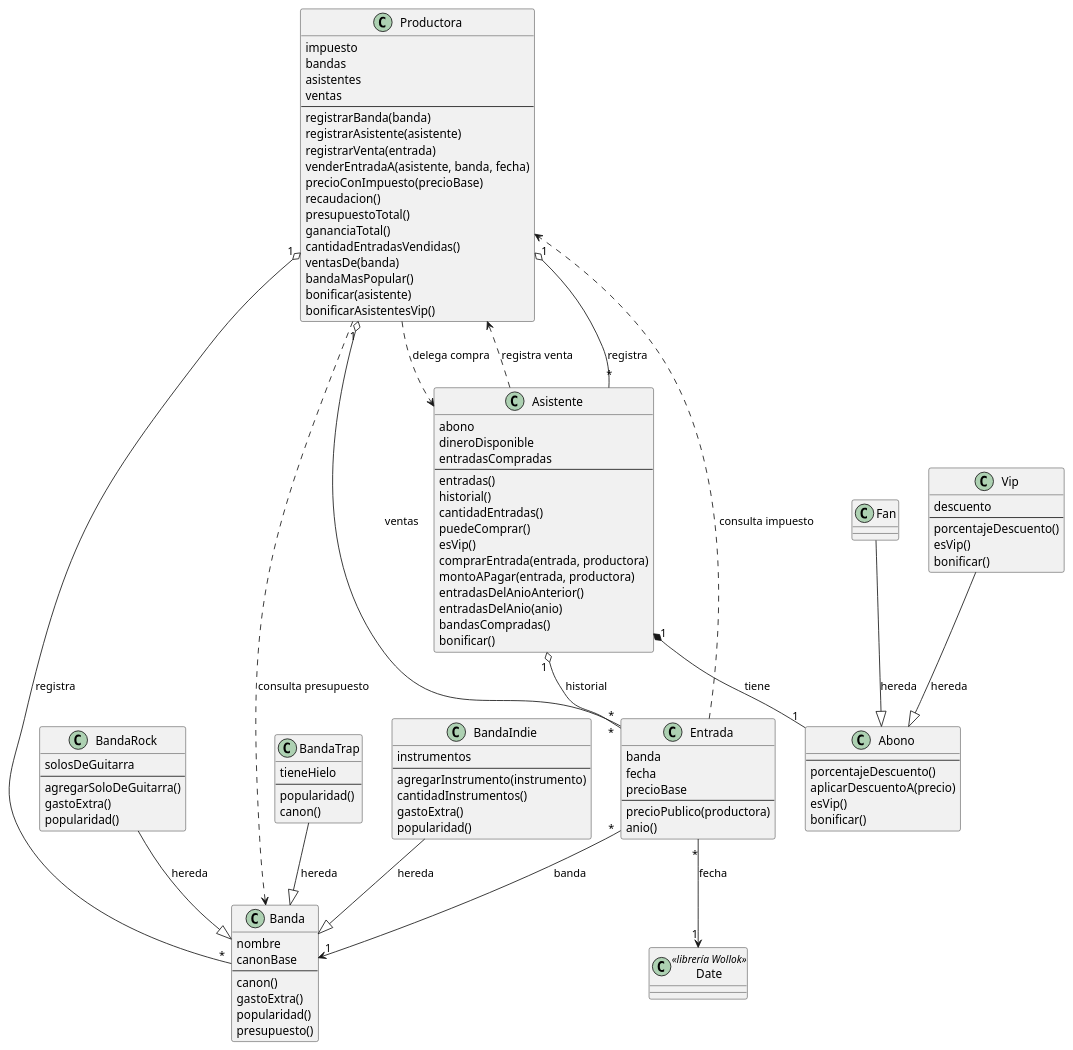
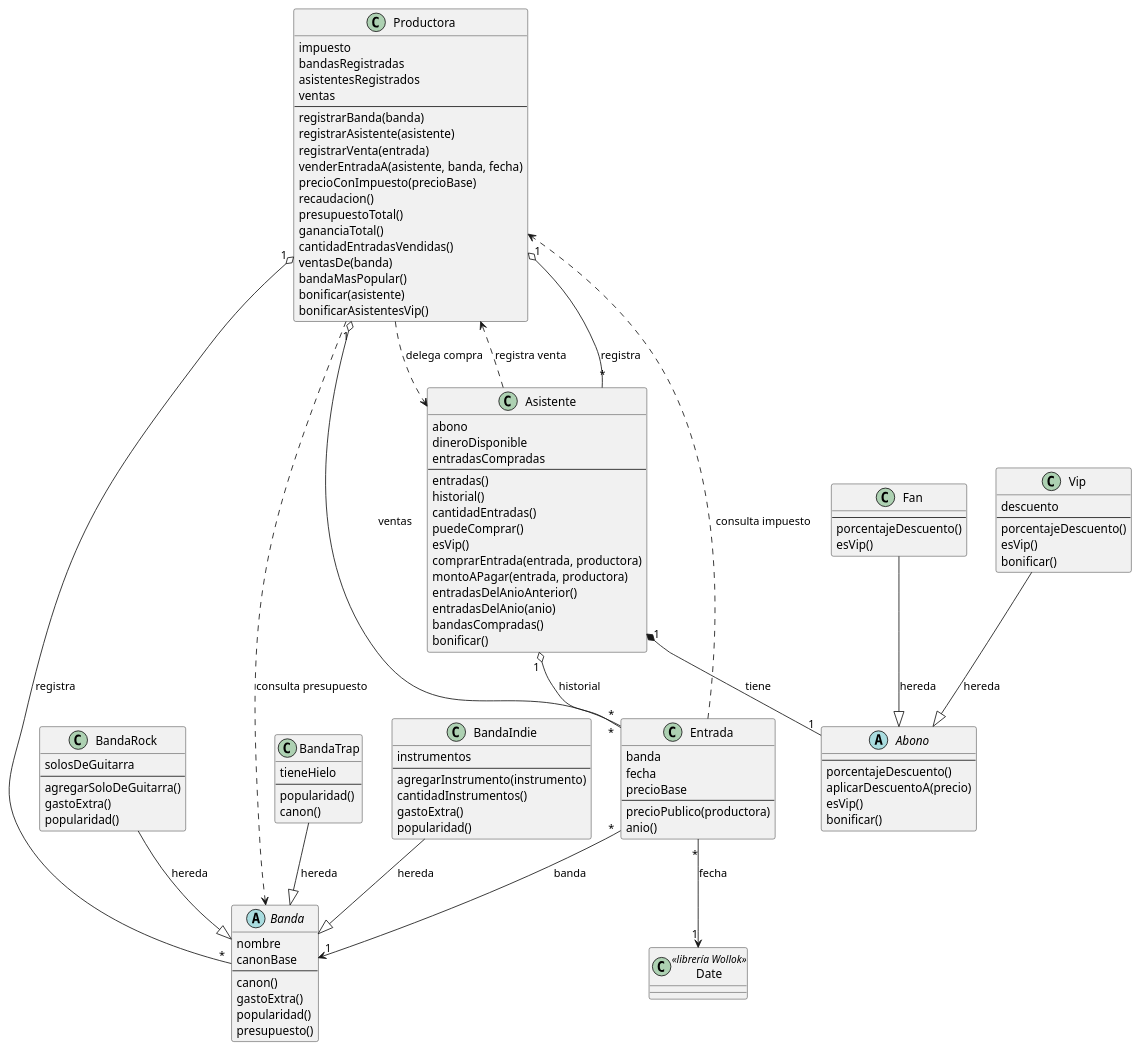
The diagram in diagrama_solucion_Ignacio_Alvarez.puml (alvarezig/PDEP-Entertainment), drawn with PlantUML before and after one commit. The commit also changed 2 other files, not shown here.

Commit message:
docs: actualiza el diagrama y las decisiones

```diff
--- a/diagrama_solucion_Ignacio_Alvarez.puml
+++ b/diagrama_solucion_Ignacio_Alvarez.puml
@@ -1,125 +1,129 @@
 @startuml
 
 class Productora {
   impuesto
-  bandas
-  asistentes
+  bandasRegistradas
+  asistentesRegistrados
   ventas
   --
   registrarBanda(banda)
   registrarAsistente(asistente)
   registrarVenta(entrada)
   venderEntradaA(asistente, banda, fecha)
   precioConImpuesto(precioBase)
   recaudacion()
   presupuestoTotal()
   gananciaTotal()
   cantidadEntradasVendidas()
   ventasDe(banda)
   bandaMasPopular()
   bonificar(asistente)
   bonificarAsistentesVip()
 }
 
 class Asistente {
   abono
   dineroDisponible
   entradasCompradas
   --
   entradas()
   historial()
   cantidadEntradas()
   puedeComprar()
   esVip()
   comprarEntrada(entrada, productora)
   montoAPagar(entrada, productora)
   entradasDelAnioAnterior()
   entradasDelAnio(anio)
   bandasCompradas()
   bonificar()
 }
 
 class Entrada {
   banda
   fecha
   precioBase
   --
   precioPublico(productora)
   anio()
 }
 
-class Banda {
+abstract class Banda {
   nombre
   canonBase
   --
   canon()
   gastoExtra()
   popularidad()
   presupuesto()
 }
 
 class BandaRock {
   solosDeGuitarra
   --
   agregarSoloDeGuitarra()
   gastoExtra()
   popularidad()
 }
 
 class BandaTrap {
   tieneHielo
   --
   popularidad()
   canon()
 }
 
 class BandaIndie {
   instrumentos
   --
   agregarInstrumento(instrumento)
   cantidadInstrumentos()
   gastoExtra()
   popularidad()
 }
 
-class Abono {
+abstract class Abono {
   --
   porcentajeDescuento()
   aplicarDescuentoA(precio)
   esVip()
   bonificar()
 }
 
-class Fan
+class Fan {
+  --
+  porcentajeDescuento()
+  esVip()
+}
 
 class Vip {
   descuento
   --
   porcentajeDescuento()
   esVip()
   bonificar()
 }
 
 class Date <<librería Wollok>>
 
 Productora "1" o-- "*" Banda : registra
 Productora "1" o-- "*" Asistente : registra
 Productora "1" o-- "*" Entrada : ventas
 
 Asistente "1" *-- "1" Abono : tiene
 Asistente "1" o-- "*" Entrada : historial
 Entrada "*" --> "1" Banda : banda
 Entrada "*" --> "1" Date : fecha
 
 BandaRock --|> Banda : hereda
 BandaTrap --|> Banda : hereda
 BandaIndie --|> Banda : hereda
 Fan --|> Abono : hereda
 Vip --|> Abono : hereda
 
 Entrada ..> Productora : consulta impuesto
 Asistente ..> Productora : registra venta
 Productora ..> Asistente : delega compra
 Productora ..> Banda : consulta presupuesto
 
 @enduml
```
